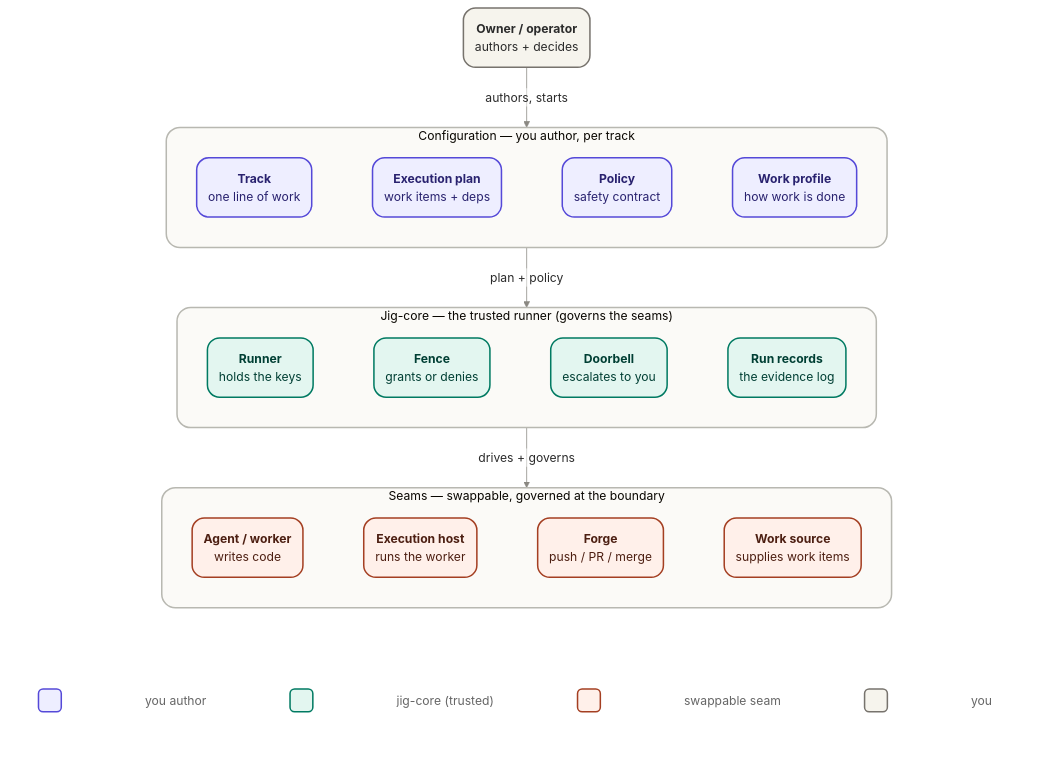
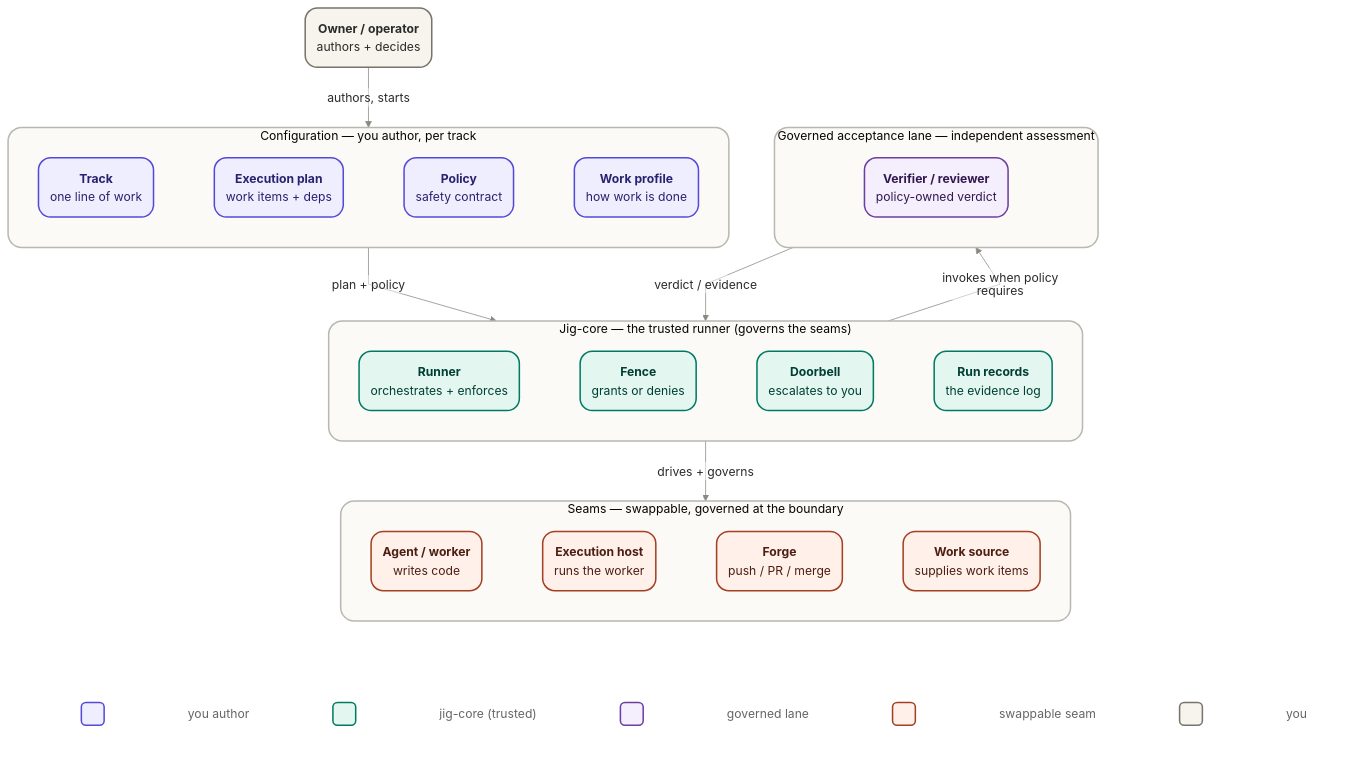
The first of 2 diagrams in docs/design/core/README.md (agentic-workflow-kit/jig), drawn with Mermaid before and after one commit. The commit also changed other lines of this file and 12 other files, not shown here.

```diff
--- a/docs/design/core/README.md
+++ b/docs/design/core/README.md
@@ -66,7 +66,7 @@
     direction LR
 
     runner("`**Runner**
-holds the keys`")
+		orchestrates + enforces`")
     fence("`**Fence**
 grants or denies`")
     doorbell("`**Doorbell**
@@ -75,6 +75,13 @@
 the evidence log`")
 
     runner ~~~ fence ~~~ doorbell ~~~ records
+  end
+
+  subgraph reviewLane["Governed acceptance lane — independent assessment"]
+    direction LR
+
+    review("`**Verifier / reviewer**
+policy-owned verdict`")
   end
 
   subgraph seams["Seams — swappable, governed at the boundary"]
@@ -102,26 +109,33 @@
     lt2["jig-core (trusted)"]
 
     l3(" ")
-    lt3["swappable seam"]
+    lt3["governed lane"]
 
     l4(" ")
-    lt4["you"]
+    lt4["swappable seam"]
 
-    l1 ~~~ lt1 ~~~ l2 ~~~ lt2 ~~~ l3 ~~~ lt3 ~~~ l4 ~~~ lt4
+    l5(" ")
+    lt5["you"]
+
+    l1 ~~~ lt1 ~~~ l2 ~~~ lt2 ~~~ l3 ~~~ lt3 ~~~ l4 ~~~ lt4 ~~~ l5 ~~~ lt5
   end
 
   owner -->|authors, starts| config
   config -->|plan + policy| core
+  core -->|invokes when policy requires| reviewLane
+  reviewLane -->|verdict / evidence| core
   core -->|drives + governs| seams
   seams ~~~ legend
 
   classDef ownerBox fill:#f6f4ed,stroke:#77736d,stroke-width:2px,color:#2b2b2b,rx:16,ry:16;
   classDef youAuthor fill:#eeeeff,stroke:#5549d8,stroke-width:2px,color:#29226f,rx:16,ry:16;
   classDef trusted fill:#e3f6f0,stroke:#007a62,stroke-width:2px,color:#003f34,rx:16,ry:16;
+  classDef governed fill:#f5eefc,stroke:#6b3fa0,stroke-width:2px,color:#32194f,rx:16,ry:16;
   classDef seam fill:#fff0ea,stroke:#a43f22,stroke-width:2px,color:#4d1f12,rx:16,ry:16;
 
   classDef legendAuthor fill:#eeeeff,stroke:#5549d8,stroke-width:2px,color:#29226f,rx:6,ry:6;
   classDef legendTrusted fill:#e3f6f0,stroke:#007a62,stroke-width:2px,color:#003f34,rx:6,ry:6;
+  classDef legendGoverned fill:#f5eefc,stroke:#6b3fa0,stroke-width:2px,color:#32194f,rx:6,ry:6;
   classDef legendSeam fill:#fff0ea,stroke:#a43f22,stroke-width:2px,color:#4d1f12,rx:6,ry:6;
   classDef legendYou fill:#f6f4ed,stroke:#77736d,stroke-width:2px,color:#2b2b2b,rx:6,ry:6;
   classDef legendText fill:transparent,stroke:transparent,color:#666666;
@@ -129,16 +143,19 @@
   class owner ownerBox;
   class track,plan,policy,profile youAuthor;
   class runner,fence,doorbell,records trusted;
+  class review governed;
   class worker,host,forge,source seam;
 
   class l1 legendAuthor;
   class l2 legendTrusted;
-  class l3 legendSeam;
-  class l4 legendYou;
-  class lt1,lt2,lt3,lt4 legendText;
+  class l3 legendGoverned;
+  class l4 legendSeam;
+  class l5 legendYou;
+  class lt1,lt2,lt3,lt4,lt5 legendText;
 
   style config fill:#fbfaf7,stroke:#b8b8b1,stroke-width:2px,color:#2b2b2b,rx:18,ry:18
   style core fill:#fbfaf7,stroke:#b8b8b1,stroke-width:2px,color:#2b2b2b,rx:18,ry:18
+  style reviewLane fill:#fbfaf7,stroke:#b8b8b1,stroke-width:2px,color:#2b2b2b,rx:18,ry:18
   style seams fill:#fbfaf7,stroke:#b8b8b1,stroke-width:2px,color:#2b2b2b,rx:18,ry:18
 
   style legend fill:transparent,stroke:transparent,color:transparent
```
